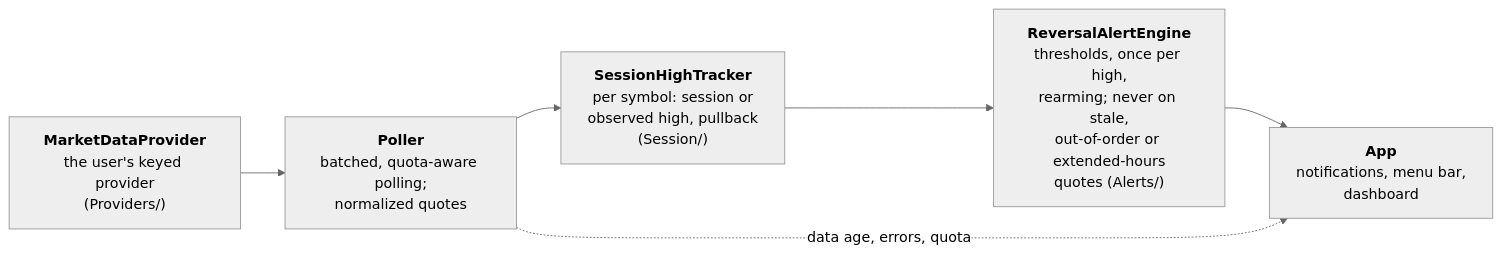
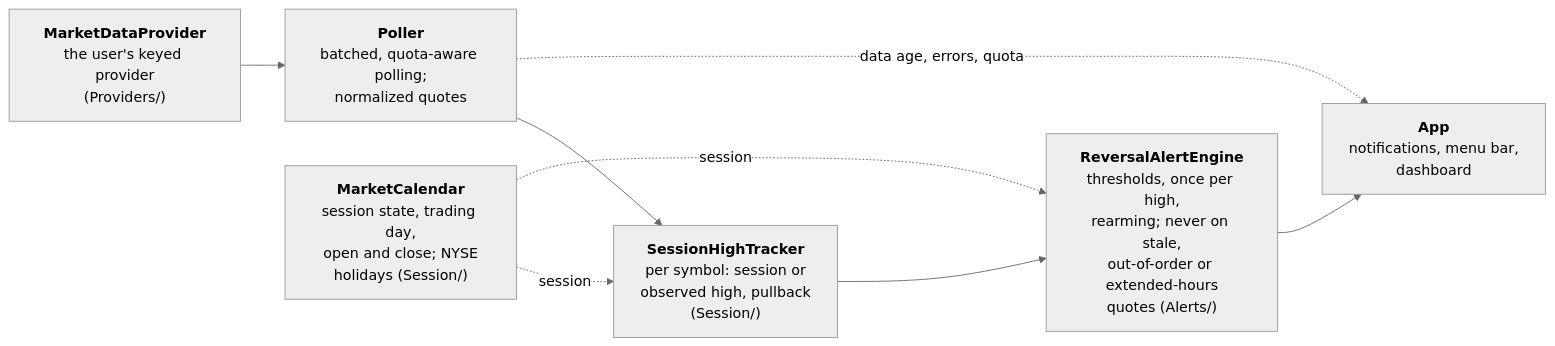
The second of 2 diagrams in docs/architecture.md (nikpietanze/vettira), drawn with Mermaid (neutral theme) before and after one commit. The commit also changed other lines of this file and 3 other files, not shown here.

Commit message:
Model the US market session and its calendar

````diff
--- a/docs/architecture.md
+++ b/docs/architecture.md
@@ -44,10 +44,13 @@
 ```mermaid
 flowchart LR
     provider["<b>MarketDataProvider</b><br/>the user's keyed provider<br/>(Providers/)"]
     poller["<b>Poller</b><br/>batched, quota-aware polling;<br/>normalized quotes"]
     tracker["<b>SessionHighTracker</b><br/>per symbol: session or<br/>observed high, pullback<br/>(Session/)"]
     engine["<b>ReversalAlertEngine</b><br/>thresholds, once per high,<br/>rearming; never on stale,<br/>out-of-order or extended-hours<br/>quotes (Alerts/)"]
     ui["<b>App</b><br/>notifications, menu bar,<br/>dashboard"]
+    calendar["<b>MarketCalendar</b><br/>session state, trading day,<br/>open and close; NYSE<br/>holidays (Session/)"]
     provider --> poller --> tracker --> engine --> ui
+    calendar -. session .-> tracker
+    calendar -. session .-> engine
     poller -. data age, errors, quota .-> ui
 ```
````
